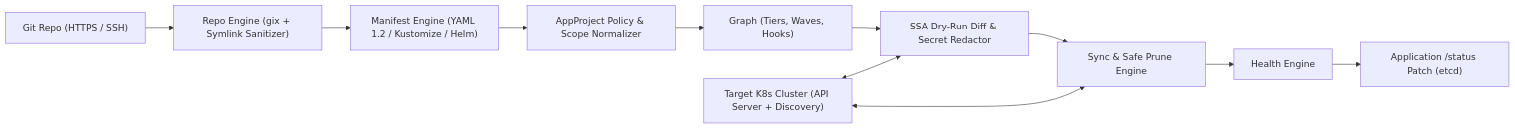
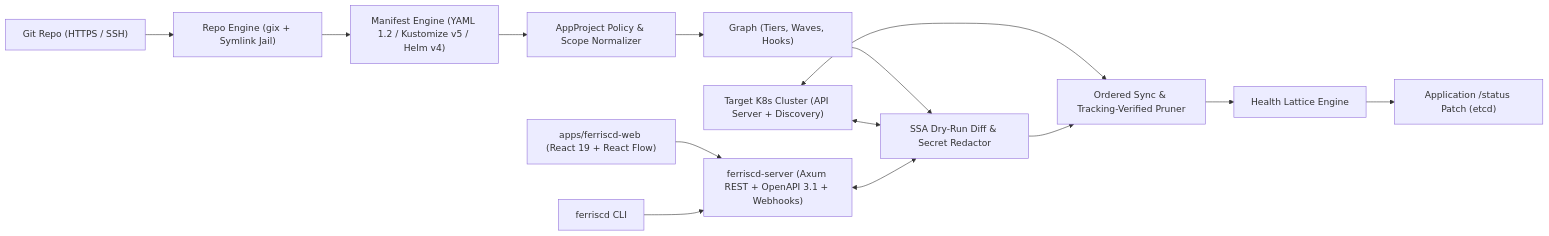
One commit to tuantran0910/ferris-cd changed the diagram in README.md. Above: the diagram before and after it, drawn with Mermaid. The commit also changed other lines of this file and 6 other files, not shown here.

````diff
--- a/README.md
+++ b/README.md
@@ -24,13 +24,16 @@
 ```mermaid
 flowchart LR
-    Git["Git Repo (HTTPS / SSH)"] --> Repo["Repo Engine (gix + Symlink Sanitizer)"]
-    Repo --> Manifest["Manifest Engine (YAML 1.2 / Kustomize / Helm)"]
+    Git["Git Repo (HTTPS / SSH)"] --> Repo["Repo Engine (gix + Symlink Jail)"]
+    Repo --> Manifest["Manifest Engine (YAML 1.2 / Kustomize v5 / Helm v4)"]
     Manifest --> Policy["AppProject Policy & Scope Normalizer"]
     Policy --> Graph["Graph (Tiers, Waves, Hooks)"]
     Graph --> Diff["SSA Dry-Run Diff & Secret Redactor"]
     K8s["Target K8s Cluster (API Server + Discovery)"] <--> Diff
-    K8s <--> Sync["Sync & Safe Prune Engine"]
+    K8s <--> Sync["Ordered Sync & Tracking-Verified Pruner"]
     Diff --> Sync
-    Sync --> Health["Health Engine"]
+    Sync --> Health["Health Lattice Engine"]
     Health --> Status["Application /status Patch (etcd)"]
+    API["ferriscd-server (Axum REST + OpenAPI 3.1 + Webhooks)"] <--> Diff
+    UI["apps/ferriscd-web (React 19 + React Flow)"] --> API
+    CLI["ferriscd CLI"] --> API
 ```
````
